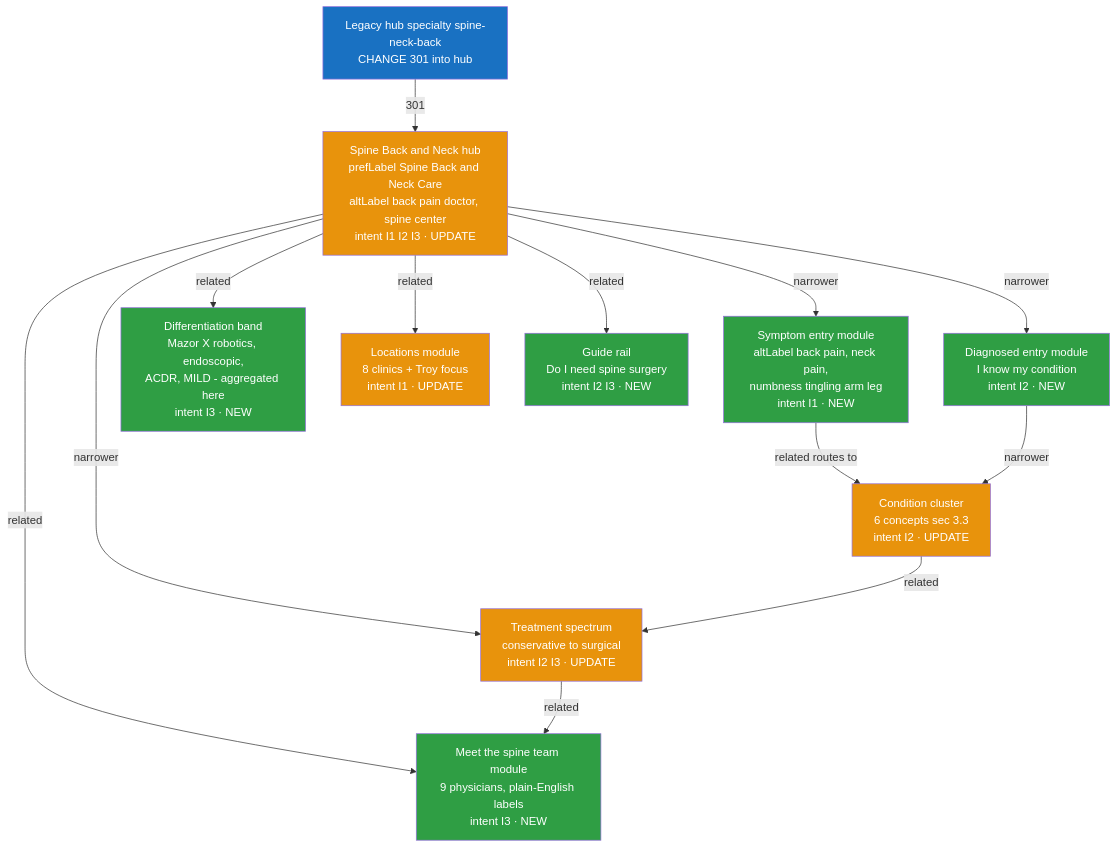
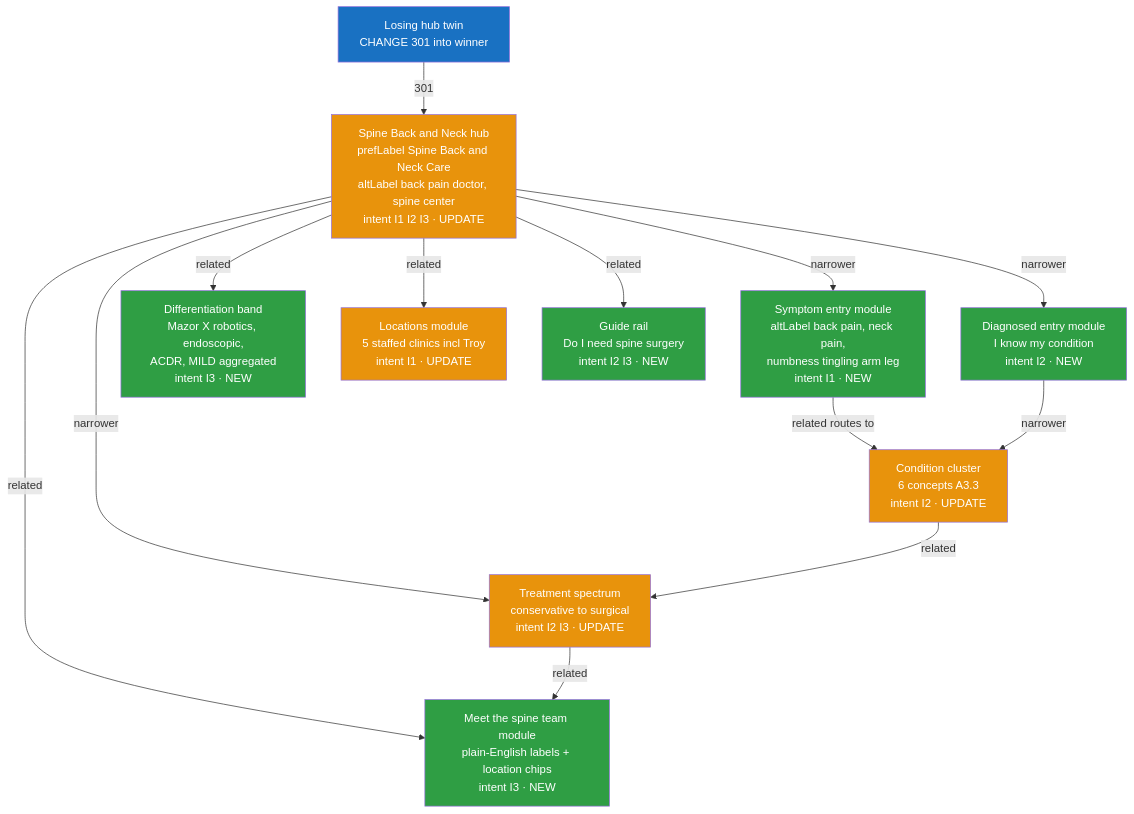
The second of 8 diagrams in playbooks/spine-semantic-model.md (JosephAndrewMacLean/SHP), drawn with Mermaid before and after one commit. The commit also changed other lines of this file and 6 other files, not shown here.

````diff
--- a/playbooks/spine-semantic-model.md
+++ b/playbooks/spine-semantic-model.md
@@ -126,33 +131,33 @@
 ```mermaid
 flowchart TD
     HUB[Spine Back and Neck hub<br/>prefLabel Spine Back and Neck Care<br/>altLabel back pain doctor, spine center<br/>intent I1 I2 I3 · UPDATE]
-    OLDHUB[Legacy hub specialty spine-neck-back<br/>CHANGE 301 into hub]
+    OLDHUB[Losing hub twin<br/>CHANGE 301 into winner]
     SYMP[Symptom entry module<br/>altLabel back pain, neck pain,<br/>numbness tingling arm leg<br/>intent I1 · NEW]
     DIAG[Diagnosed entry module<br/>I know my condition<br/>intent I2 · NEW]
-    CONDS[Condition cluster<br/>6 concepts sec 3.3<br/>intent I2 · UPDATE]
+    CONDS[Condition cluster<br/>6 concepts A3.3<br/>intent I2 · UPDATE]
     TRTS[Treatment spectrum<br/>conservative to surgical<br/>intent I2 I3 · UPDATE]
-    TEAM[Meet the spine team module<br/>9 physicians, plain-English labels<br/>intent I3 · NEW]
-    DIFF[Differentiation band<br/>Mazor X robotics, endoscopic,<br/>ACDR, MILD - aggregated here<br/>intent I3 · NEW]
-    LOCS[Locations module<br/>8 clinics + Troy focus<br/>intent I1 · UPDATE]
+    TEAM[Meet the spine team module<br/>plain-English labels + location chips<br/>intent I3 · NEW]
+    DIFF[Differentiation band<br/>Mazor X robotics, endoscopic,<br/>ACDR, MILD aggregated<br/>intent I3 · NEW]
+    LOCS[Locations module<br/>5 staffed clinics incl Troy<br/>intent I1 · UPDATE]
     GUIDES[Guide rail<br/>Do I need spine surgery<br/>intent I2 I3 · NEW]
 
     OLDHUB -->|301| HUB
     HUB -->|narrower| SYMP
     HUB -->|narrower| DIAG
     SYMP -->|related routes to| CONDS
     DIAG -->|narrower| CONDS
     HUB -->|narrower| TRTS
     HUB -->|related| TEAM
     HUB -->|related| DIFF
     HUB -->|related| LOCS
     HUB -->|related| GUIDES
     CONDS -->|related| TRTS
     TRTS -->|related| TEAM
 
     classDef newN fill:#2f9e44,color:#fff
     classDef updN fill:#e8930c,color:#fff
     classDef chgN fill:#1971c2,color:#fff
     class SYMP,DIAG,TEAM,DIFF,GUIDES newN
     class HUB,CONDS,TRTS,LOCS updN
     class OLDHUB chgN
 ```
````
